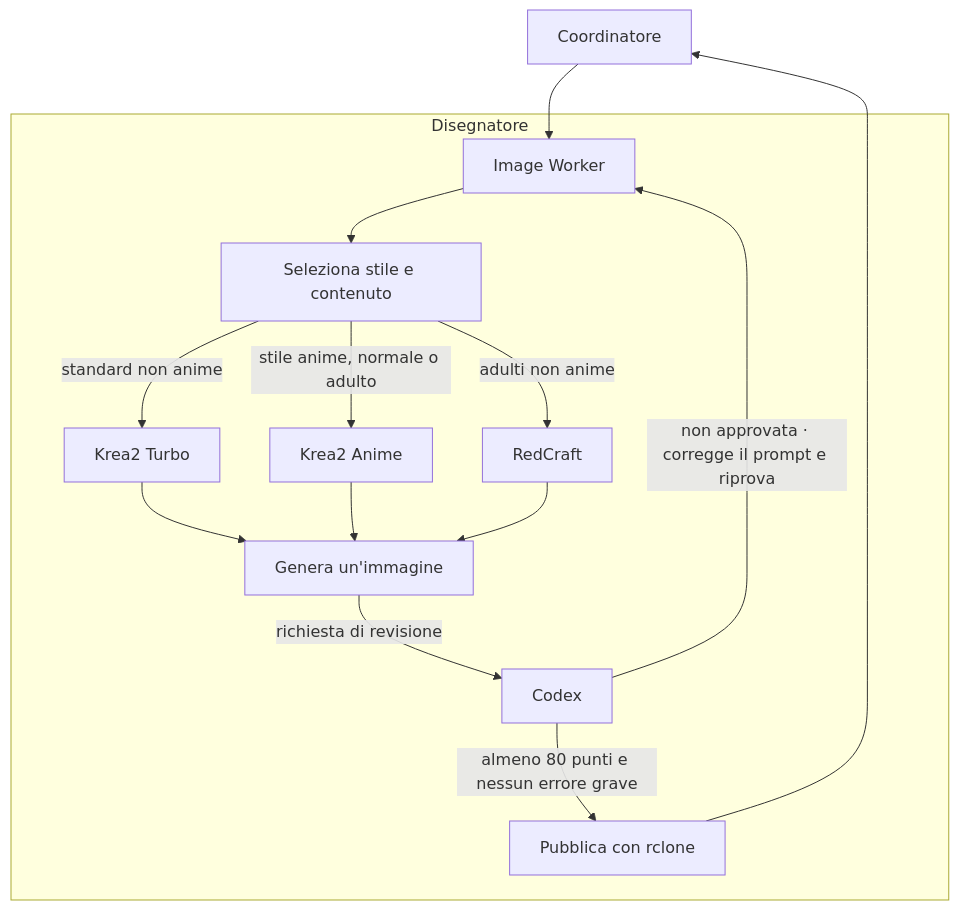
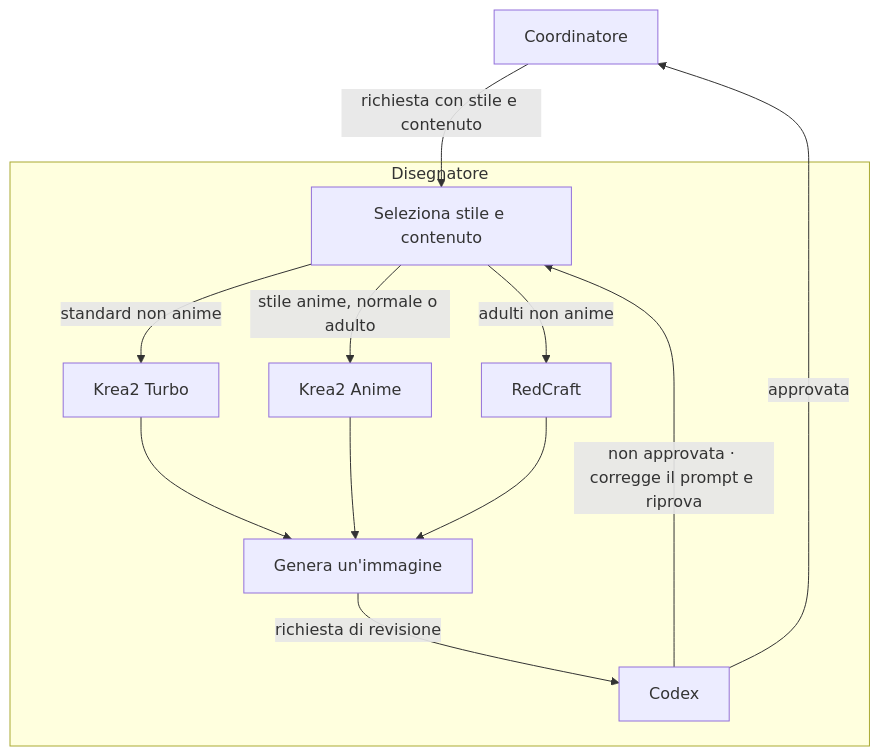
The fourth of 9 diagrams in README.md (DRincs-Productions/LM-Studio), drawn with Mermaid before and after one commit. The commit also changed other lines of this file, not shown here.

Commit message:
docs: route image requests directly to style selection and return approved assets to coordinator

````diff
--- a/README.md
+++ b/README.md
@@ -131,26 +131,22 @@
 ```mermaid
 flowchart TD
     C[Coordinatore]
     subgraph DISEGNATORE[Disegnatore]
-        I[Image Worker]
         M[Seleziona stile e contenuto]
         KREA[Krea2 Turbo]
         ANIME[Krea2 Anime]
         REDCRAFT[RedCraft]
         G[Genera un'immagine]
         R[Codex]
-        O[Pubblica con rclone]
-        I --> M
         M -->|standard non anime| KREA
         M -->|stile anime, normale o adulto| ANIME
         M -->|adulti non anime| REDCRAFT
         KREA --> G
         ANIME --> G
         REDCRAFT --> G
         G -->|richiesta di revisione| R
-        R -->|non approvata · corregge il prompt e riprova| I
-        R -->|almeno 80 punti e nessun errore grave| O
+        R -->|non approvata · corregge il prompt e riprova| M
     end
-    C --> I
-    O --> C
+    C -->|richiesta con stile e contenuto| M
+    R -->|approvata| C
 ```
````
